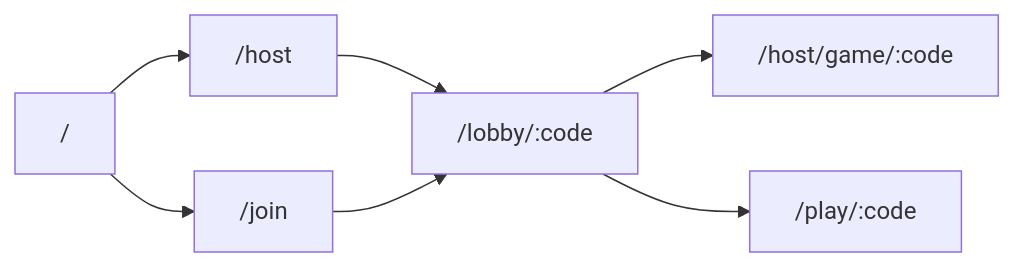
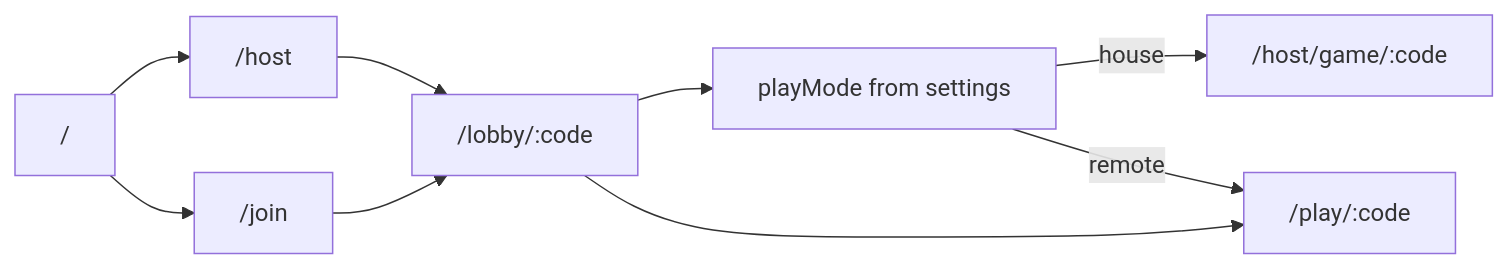
One commit to 207/BuzzBowl changed the third of 4 diagrams in docs/architecture.md. Above: the diagram before and after it, drawn with Mermaid. The commit also changed other lines of this file and 7 other files, not shown here.

First line of the commit message:
feat: add FFA skip voting and results flow

````diff
--- a/docs/architecture.md
+++ b/docs/architecture.md
@@ -74,16 +78,19 @@
 ```mermaid
 flowchart LR
   I["/"]
   HG["/host"]
   L["/lobby/:code"]
   HL["/host/game/:code"]
   J["/join"]
   PG["/play/:code"]
+  PM["playMode from settings"]
 
   I --> HG
   I --> J
   HG --> L
   J --> L
-  L --> HL
+  L --> PM
+  PM -->|"house"| HL
+  PM -->|"remote"| PG
   L --> PG
 ```
````
